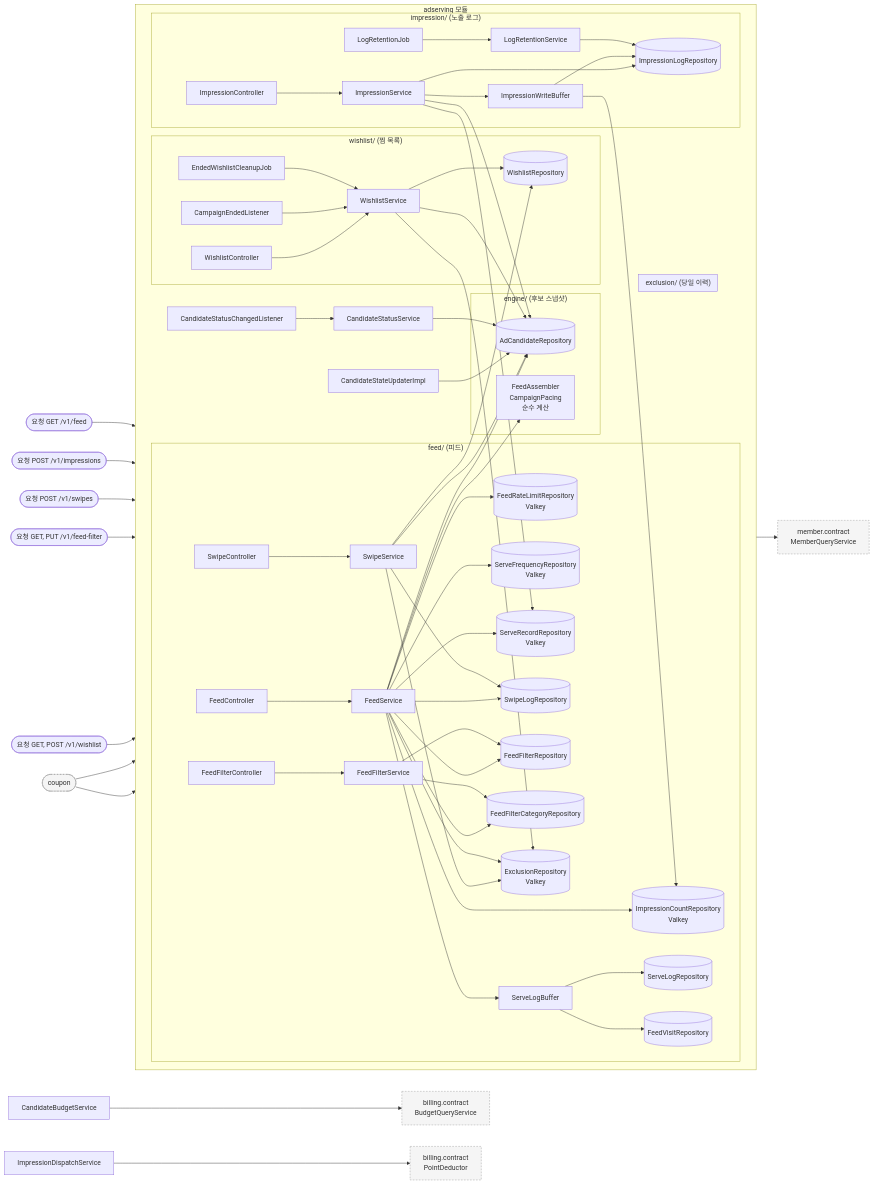
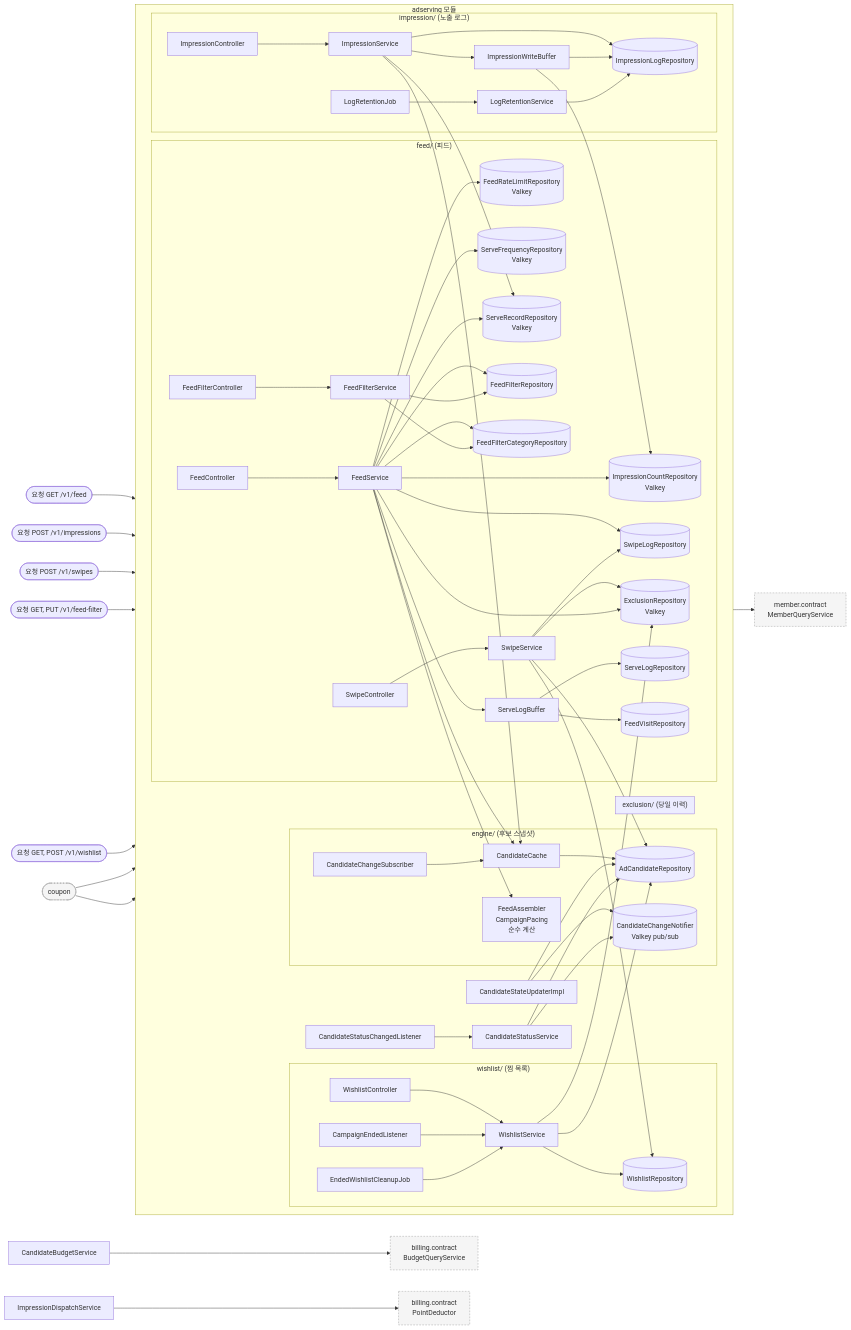
One commit to lunch-catch/lc-backend changed the first of 6 diagrams in docs/design/adserving/adserving_구조와_동작_설계.md. Above: the diagram before and after it, drawn with Mermaid. The commit also changed other lines of this file and 22 other files, not shown here.

```diff
--- a/docs/design/adserving/adserving_구조와_동작_설계.md
+++ b/docs/design/adserving/adserving_구조와_동작_설계.md
@@ -378,6 +383,9 @@
 
         subgraph engine["engine/ (후보 스냅샷)"]
             AR[(AdCandidateRepository)]
+            CC[CandidateCache] --> AR
+            CN[("CandidateChangeNotifier<br/>Valkey pub/sub")]
+            CSB[CandidateChangeSubscriber] --> CC
             FA["FeedAssembler<br/>CampaignPacing<br/>순수 계산"]
         end
 
@@ -389,7 +397,9 @@
         end
 
         CSU[CandidateStateUpdaterImpl] --> AR
+        CSU --> CN
         CSL[CandidateStatusChangedListener] --> CSS[CandidateStatusService] --> AR
+        CSS --> CN
 
         subgraph impression["impression/ (노출 로그)"]
             IMC[ImpressionController] --> IMS[ImpressionService]
@@ -398,12 +408,12 @@
             LRJ[LogRetentionJob] --> LRS[LogRetentionService] --> IML
         end
 
-        FS --> AR
+        FS --> CC
         FS --> DE
         FS --> FA
         IMS --> SR
         IMW --> IC
-        IMS --> AR
+        IMS --> CC
         SWS --> WR
         SWS --> AR
         WS --> AR
```
